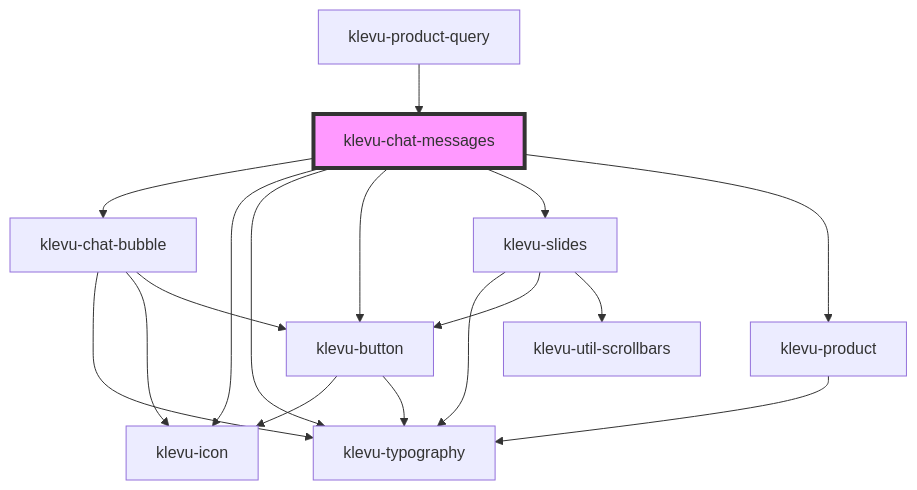
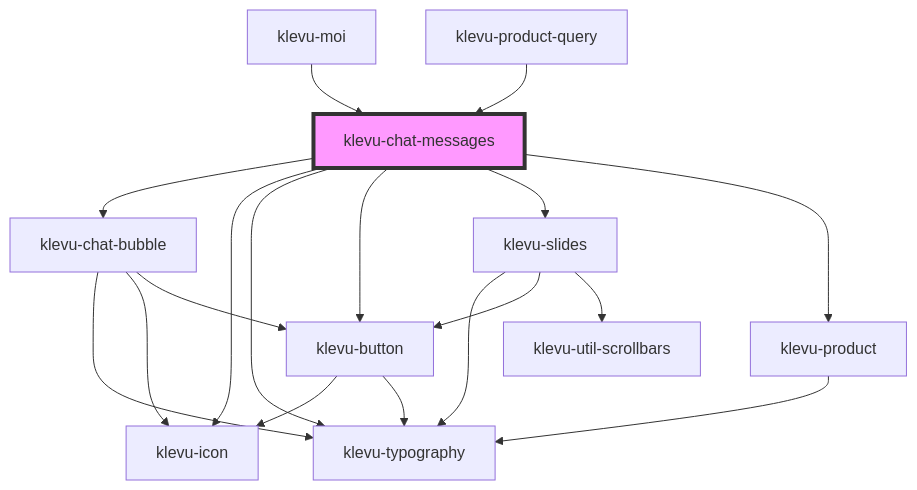
One commit to klevultd/frontend-sdk changed the diagram in packages/klevu-ui/src/components/klevu-chat-messages/readme.md. Above: the diagram before and after it, drawn with Mermaid. The commit also changed other lines of this file and 26 other files, not shown here.

````diff
--- a/packages/klevu-ui/src/components/klevu-chat-messages/readme.md
+++ b/packages/klevu-ui/src/components/klevu-chat-messages/readme.md
@@ -51,20 +52,21 @@
 ```mermaid
 graph TD;
   klevu-chat-messages --> klevu-chat-bubble
   klevu-chat-messages --> klevu-icon
   klevu-chat-messages --> klevu-typography
   klevu-chat-messages --> klevu-button
   klevu-chat-messages --> klevu-slides
   klevu-chat-messages --> klevu-product
   klevu-chat-bubble --> klevu-typography
   klevu-chat-bubble --> klevu-icon
   klevu-chat-bubble --> klevu-button
   klevu-button --> klevu-icon
   klevu-button --> klevu-typography
   klevu-slides --> klevu-typography
   klevu-slides --> klevu-button
   klevu-slides --> klevu-util-scrollbars
   klevu-product --> klevu-typography
+  klevu-moi --> klevu-chat-messages
   klevu-product-query --> klevu-chat-messages
   style klevu-chat-messages fill:#f9f,stroke:#333,stroke-width:4px
 ```
````
